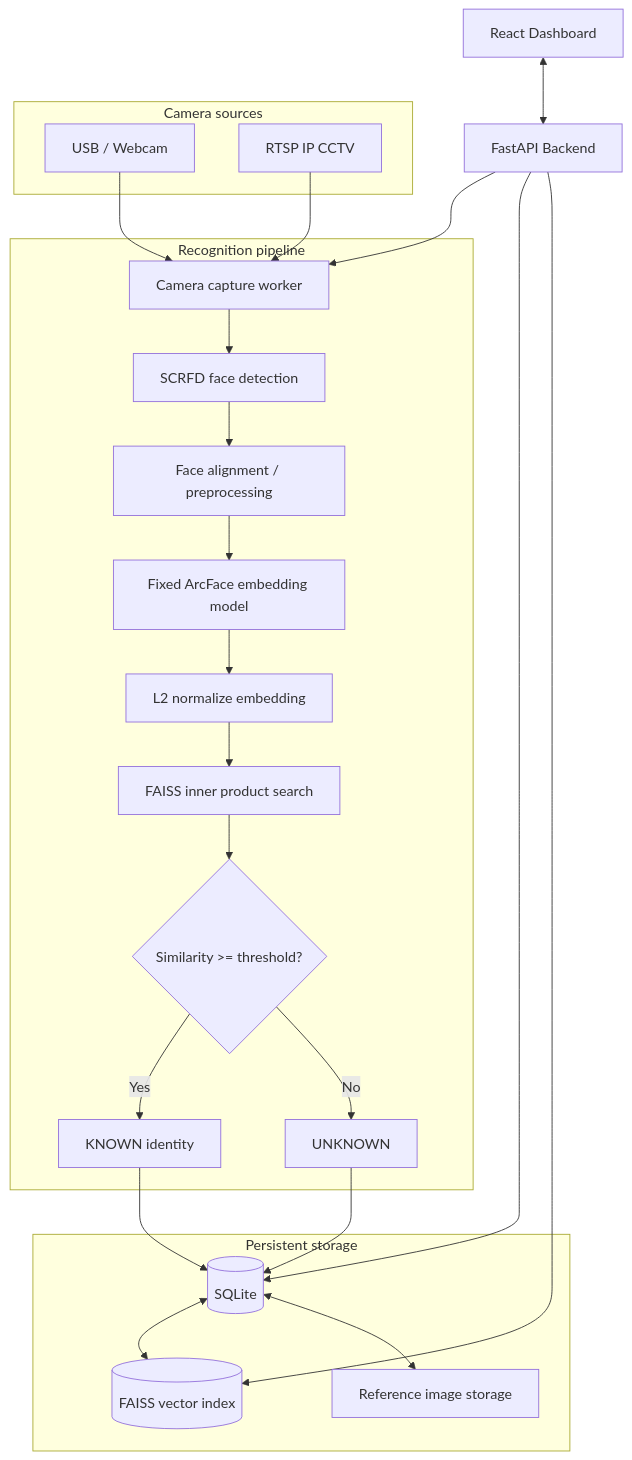
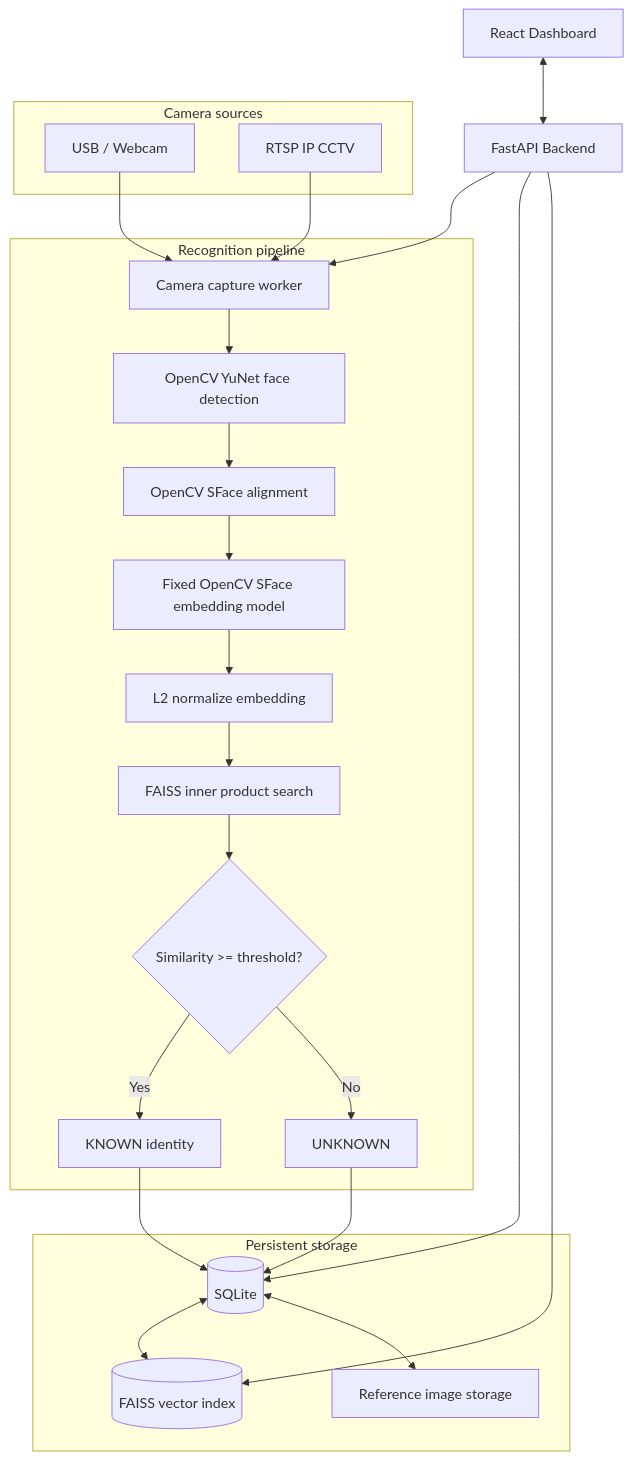
Before and after one commit to Vedulaudayeaswar/faceview: the first of 6 diagrams in README.md, drawn with Mermaid. The commit also changed other lines of this file and 13 other files, not shown here.

Commit message:
Replace InsightFace with OpenCV YuNet and SFace

````diff
--- a/README.md
+++ b/README.md
@@ -139,42 +139,42 @@
 ```mermaid
 flowchart TB
     UI[React Dashboard]
     API[FastAPI Backend]
     UI <--> API
 
     subgraph Input[Camera sources]
         USB[USB / Webcam]
         RTSP[RTSP IP CCTV]
     end
 
     subgraph Processing[Recognition pipeline]
         Capture[Camera capture worker]
-        Detect[SCRFD face detection]
-        Align[Face alignment / preprocessing]
-        Embed[Fixed ArcFace embedding model]
+        Detect[OpenCV YuNet face detection]
+        Align[OpenCV SFace alignment]
+        Embed[Fixed OpenCV SFace embedding model]
         Normalize[L2 normalize embedding]
         Search[FAISS inner product search]
         Decision{Similarity >= threshold?}
         Known[KNOWN identity]
         Unknown[UNKNOWN]
     end
 
     subgraph Storage[Persistent storage]
         DB[(SQLite)]
         Index[(FAISS vector index)]
         Files[Reference image storage]
     end
 
     USB --> Capture
     RTSP --> Capture
     Capture --> Detect --> Align --> Embed --> Normalize --> Search --> Decision
     Decision -->|Yes| Known
     Decision -->|No| Unknown
     DB <--> Index
     DB <--> Files
     API --> Capture
     API --> DB
     API --> Index
     Known --> DB
     Unknown --> DB
 ```
````
